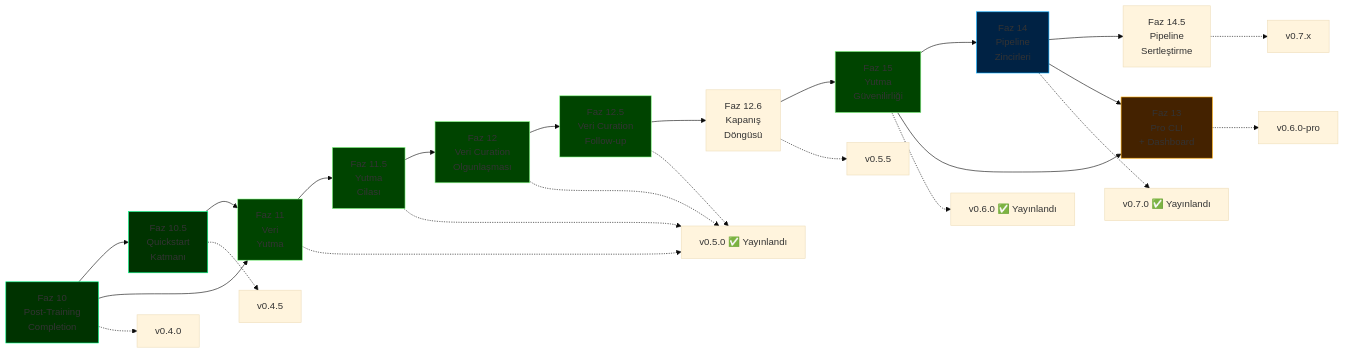
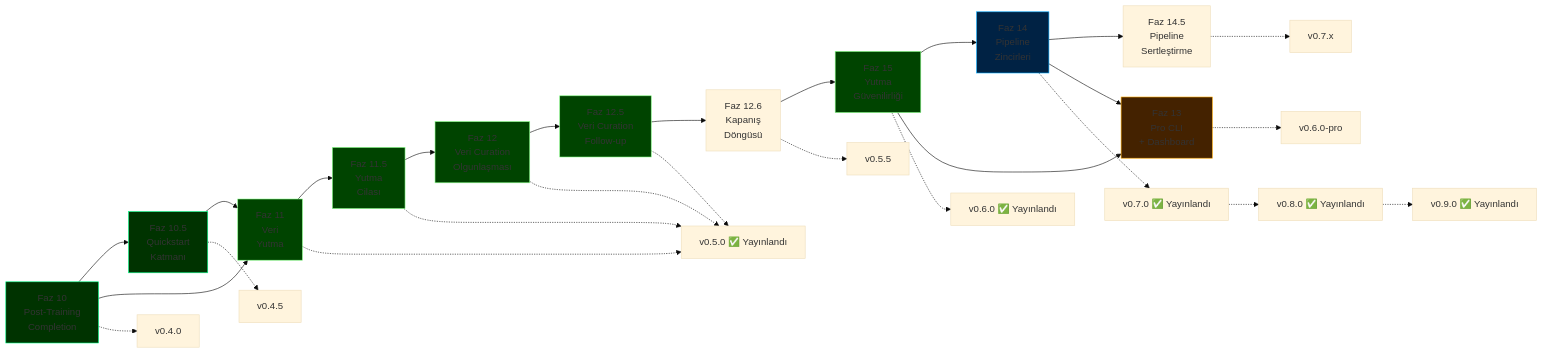
Before and after one commit to HodeTech/ForgeLM: the diagram in docs/roadmap-tr.md, drawn with Mermaid (base theme). The commit also changed other lines of this file and 11 other files, not shown here.

````diff
--- a/docs/roadmap-tr.md
+++ b/docs/roadmap-tr.md
@@ -46,37 +50,39 @@
 ```mermaid
 graph LR
     P10[Faz 10<br/>Post-Training<br/>Completion] --> P105[Faz 10.5<br/>Quickstart<br/>Katmanı]
     P10 --> P11[Faz 11<br/>Veri<br/>Yutma]
     P105 --> P11
     P11 --> P115[Faz 11.5<br/>Yutma<br/>Cilası]
     P115 --> P12[Faz 12<br/>Veri Curation<br/>Olgunlaşması]
     P12 --> P125[Faz 12.5<br/>Veri Curation<br/>Follow-up]
     P125 --> P126[Faz 12.6<br/>Kapanış<br/>Döngüsü]
     P126 --> P15[Faz 15<br/>Yutma<br/>Güvenilirliği]
     P15 --> P14[Faz 14<br/>Pipeline<br/>Zincirleri]
     P14 --> P145[Faz 14.5<br/>Pipeline<br/>Sertleştirme]
     P14 --> P13[Faz 13<br/>Pro CLI<br/>+ Dashboard]
     P15 --> P13
 
     P10 -.-> V1[v0.4.0]
     P105 -.-> V15[v0.4.5]
     P11 -.-> V2[v0.5.0 ✅ Yayınlandı]
     P115 -.-> V2
     P12 -.-> V2
     P125 -.-> V2
     P126 -.-> V25[v0.5.5]
     P15 -.-> V23[v0.6.0 ✅ Yayınlandı]
     P14 -.-> V27[v0.7.0 ✅ Yayınlandı]
+    V27 -.-> V28[v0.8.0 ✅ Yayınlandı]
+    V28 -.-> V29[v0.9.0 ✅ Yayınlandı]
     P145 -.-> V275[v0.7.x]
     P13 -.-> V3[v0.6.0-pro]
 
     style P10 fill:#003300,stroke:#00ff88
     style P105 fill:#003300,stroke:#00ff88
     style P11 fill:#004400,stroke:#88ff88
     style P115 fill:#004400,stroke:#88ff88
     style P12 fill:#004400,stroke:#88ff88
     style P125 fill:#004400,stroke:#88ff88
     style P15 fill:#004400,stroke:#88ff88
     style P14 fill:#002244,stroke:#00aaff
     style P13 fill:#442200,stroke:#ffaa00
 ```
````
